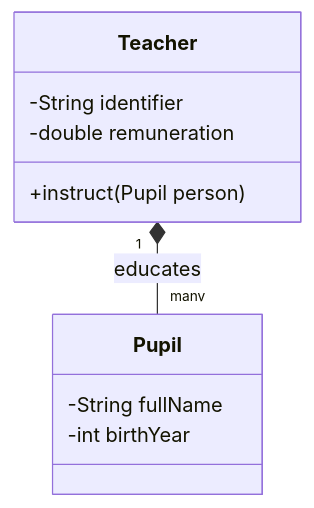
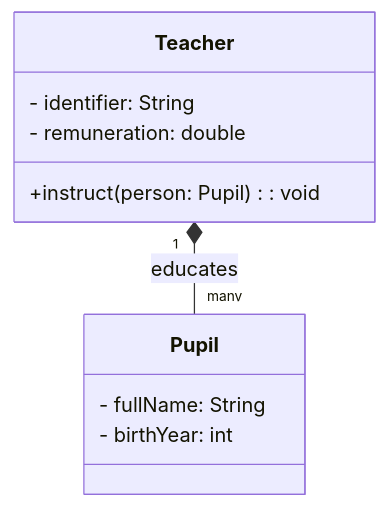
Before and after one commit to Nguyen-Agn/UML_Comparator: the diagram in UMLs_testcase/semantic_test/source.mmd, drawn with Mermaid. The commit also changed 35 other files, not shown here.

```diff
--- a/UMLs_testcase/semantic_test/source.mmd
+++ b/UMLs_testcase/semantic_test/source.mmd
@@ -1,11 +1,11 @@
 classDiagram
     class Teacher {
-        -String identifier
-        -double remuneration
-        +instruct(Pupil person)
+        - identifier: String
+        - remuneration: double
+        +instruct(person: Pupil): void
     }
     class Pupil {
-        -String fullName
-        -int birthYear
+        - fullName: String
+        - birthYear: int
     }
     Teacher "1" *-- "many" Pupil : educates
```
